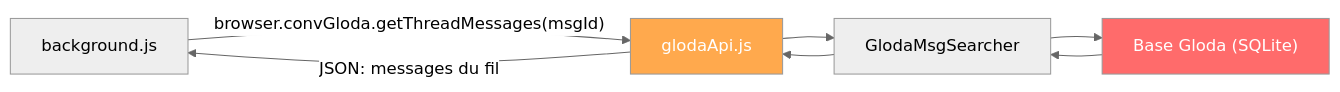
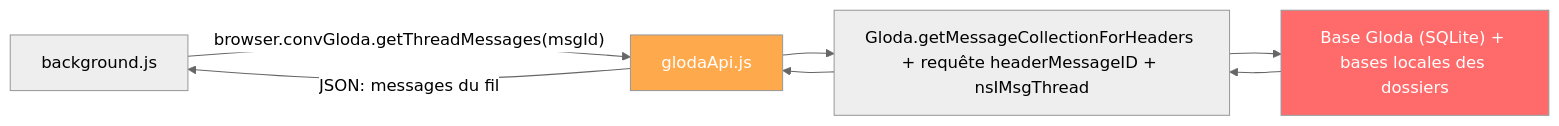
Before and after one commit to mtfkarukera/magic-threads: the second of 5 diagrams in ARCHITECTURE.md, drawn with Mermaid (neutral theme). The commit also changed other lines of this file and 9 other files, not shown here.

````diff
--- a/ARCHITECTURE.md
+++ b/ARCHITECTURE.md
@@ -57,12 +63,12 @@
 ```mermaid
 flowchart LR
     A["background.js"] -->|"browser.convGloda.getThreadMessages(msgId)"| B["glodaApi.js"]
-    B --> C["GlodaMsgSearcher"]
-    C --> D["Base Gloda (SQLite)"]
+    B --> C["Gloda.getMessageCollectionForHeaders + requête headerMessageID + nsIMsgThread"]
+    C --> D["Base Gloda (SQLite) + bases locales des dossiers"]
     D --> C
     C --> B
     B -->|"JSON: messages du fil"| A
 
     style B fill:#ffa94d,color:#fff
     style D fill:#ff6b6b,color:#fff
 ```
````
